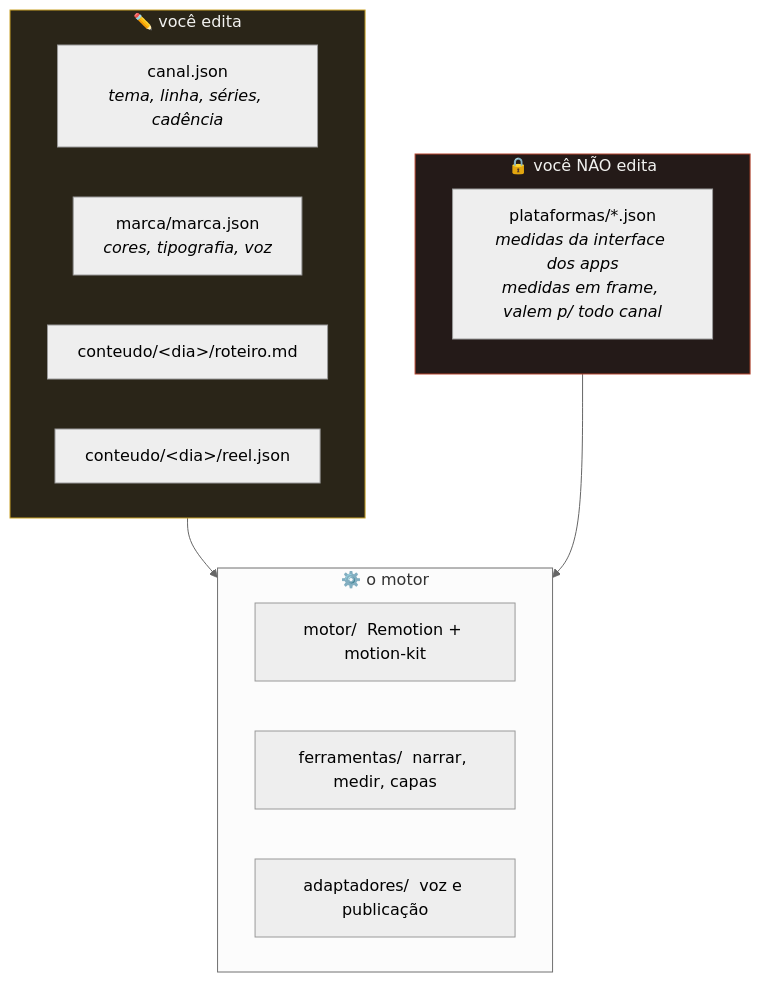
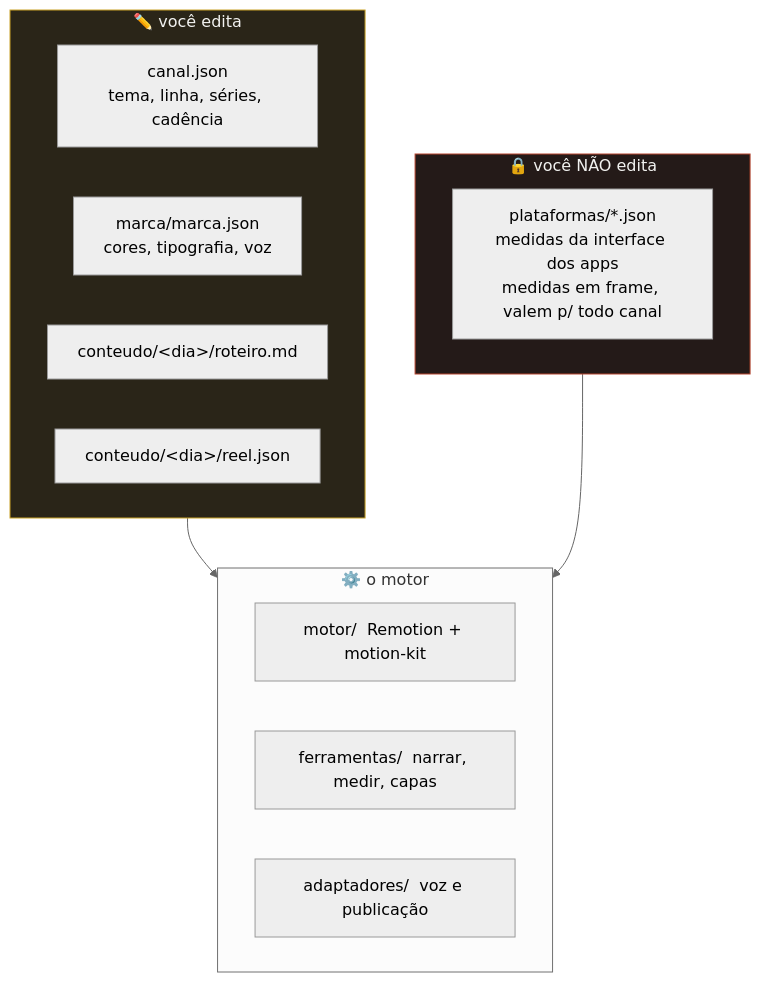
The third of 4 diagrams in docs/01-como-funciona.md (claudiogpt/motor-de-canal), drawn with Mermaid (neutral theme) before and after one commit. The commit also changed other lines of this file and 5 other files, not shown here.

````diff
--- a/docs/01-como-funciona.md
+++ b/docs/01-como-funciona.md
@@ -211,22 +209,22 @@
 ```mermaid
 flowchart TD
     subgraph EDITA["✏️ você edita"]
-        C["canal.json<br/><i>tema, linha, séries, cadência</i>"]
-        M["marca/marca.json<br/><i>cores, tipografia, voz</i>"]
+        C["canal.json<br/>tema, linha, séries, cadência"]
+        M["marca/marca.json<br/>cores, tipografia, voz"]
         RO["conteudo/&lt;dia&gt;/roteiro.md"]
         RJ["conteudo/&lt;dia&gt;/reel.json"]
     end
     subgraph NUNCA["🔒 você NÃO edita"]
-        P["plataformas/*.json<br/><i>medidas da interface dos apps</i><br/><i>medidas em frame, valem p/ todo canal</i>"]
+        P["plataformas/*.json<br/>medidas da interface dos apps<br/>medidas em frame, valem p/ todo canal"]
     end
     subgraph MOTOR["⚙️ o motor"]
         MO["motor/  Remotion + motion-kit"]
         FE["ferramentas/  narrar, medir, capas"]
         AD["adaptadores/  voz e publicação"]
     end
     EDITA --> MOTOR
     NUNCA --> MOTOR
 
     style NUNCA fill:#241a18,stroke:#B5452F,color:#F2F2F0
     style EDITA fill:#2a2518,stroke:#C9A227,color:#F2F2F0
 ```
````
